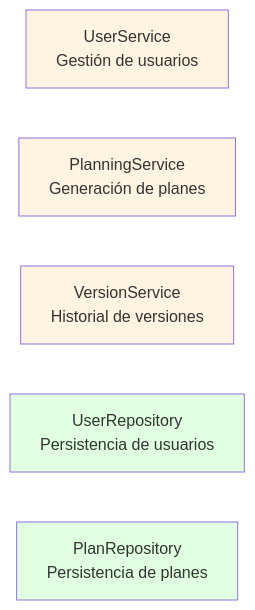
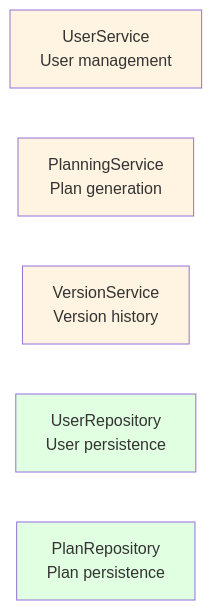
One commit to LuisFelipe09/agent_fitness changed the second of 5 diagrams in ARCHITECTURE.md. Above: the diagram before and after it, drawn with Mermaid. The commit also changed other lines of this file and 1 other file, not shown here.

Commit message:
docs: Translate architecture document to English and create project README.

````diff
--- a/ARCHITECTURE.md
+++ b/ARCHITECTURE.md
@@ -117,15 +117,15 @@
 ```mermaid
 graph LR
-    UserService[UserService<br/>Gestión de usuarios] 
-    PlanningService[PlanningService<br/>Generación de planes]
-    VersionService[VersionService<br/>Historial de versiones]
+    UserService[UserService<br/>User management] 
+    PlanningService[PlanningService<br/>Plan generation]
+    VersionService[VersionService<br/>Version history]
     
-    UserRepo[UserRepository<br/>Persistencia de usuarios]
-    PlanRepo[PlanRepository<br/>Persistencia de planes]
+    UserRepo[UserRepository<br/>User persistence]
+    PlanRepo[PlanRepository<br/>Plan persistence]
     
     style UserService fill:#fff4e1
     style PlanningService fill:#fff4e1
     style VersionService fill:#fff4e1
     style UserRepo fill:#e1ffe1
     style PlanRepo fill:#e1ffe1
 ```
````
